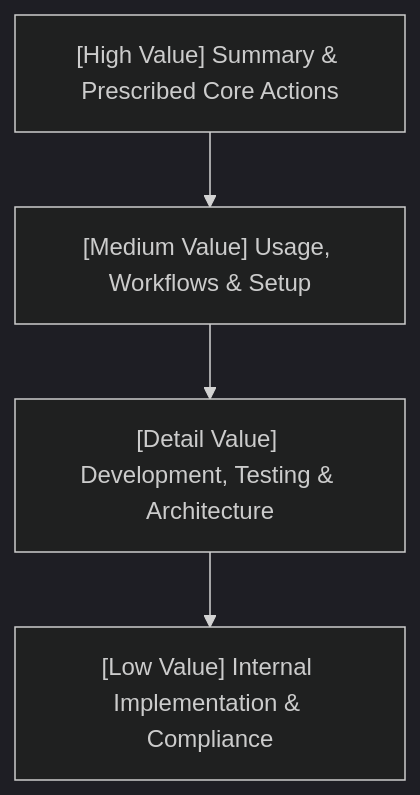
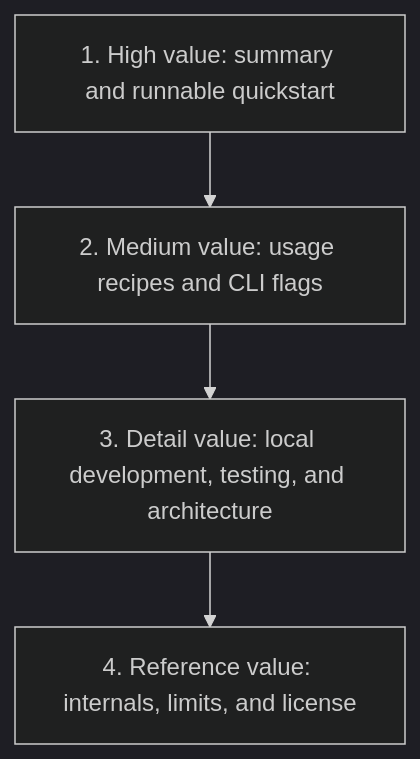
The diagram in writing/inverted-pyramid/SKILL.md (danicat/skills), drawn with Mermaid (dark theme) before and after one commit. The commit also changed other lines of this file and 229 other files, not shown here.

````diff
--- a/writing/inverted-pyramid/SKILL.md
+++ b/writing/inverted-pyramid/SKILL.md
@@ -29,6 +28,6 @@
 ```mermaid
 graph TD
-    A["[High Value] Summary & Prescribed Core Actions"] --> B["[Medium Value] Usage, Workflows & Setup"]
-    B --> C["[Detail Value] Development, Testing & Architecture"]
-    C --> D["[Low Value] Internal Implementation & Compliance"]
+    A["1. High value: summary and runnable quickstart"] --> B["2. Medium value: usage recipes and CLI flags"]
+    B --> C["3. Detail value: local development, testing, and architecture"]
+    C --> D["4. Reference value: internals, limits, and license"]
 ```
````
